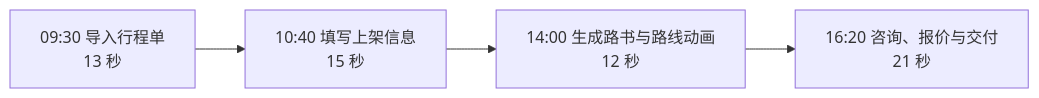
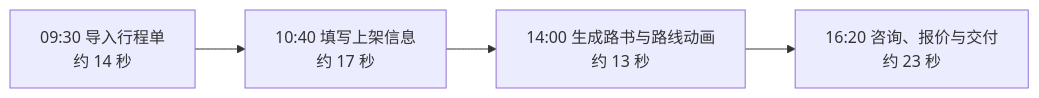
The fourth of 6 diagrams in docs/SHOWCASE-web-design.md (JohnMaxwell0123/TripCraft), drawn with Mermaid before and after one commit. The commit also changed other lines of this file and 4 other files, not shown here.

````diff
--- a/docs/SHOWCASE-web-design.md
+++ b/docs/SHOWCASE-web-design.md
@@ -222,4 +253,4 @@
 ```mermaid
 flowchart LR
-    B1["09:30 导入行程单<br/>13 秒"] --> B2["10:40 填写上架信息<br/>15 秒"] --> B3["14:00 生成路书与路线动画<br/>12 秒"] --> B4["16:20 咨询、报价与交付<br/>21 秒"]
+    B1["09:30 导入行程单<br/>约 14 秒"] --> B2["10:40 填写上架信息<br/>约 17 秒"] --> B3["14:00 生成路书与路线动画<br/>约 13 秒"] --> B4["16:20 咨询、报价与交付<br/>约 23 秒"]
 ```
````
